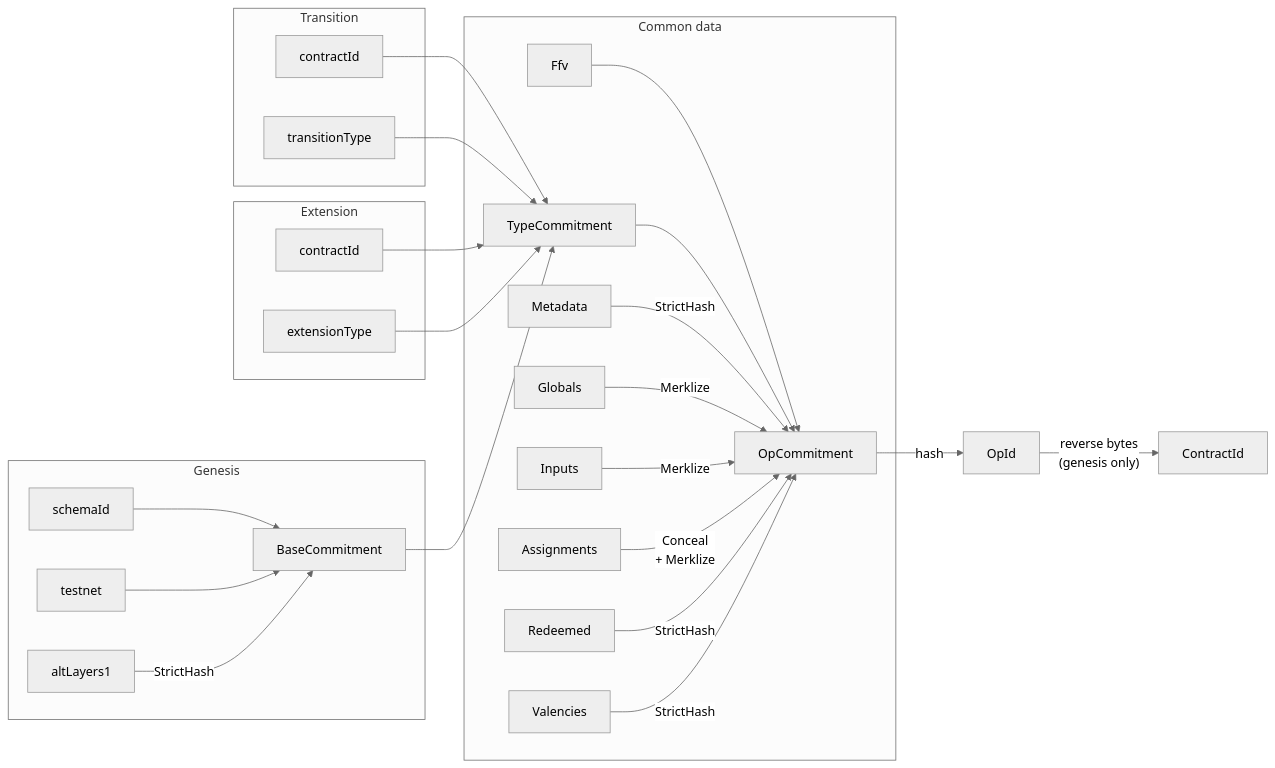
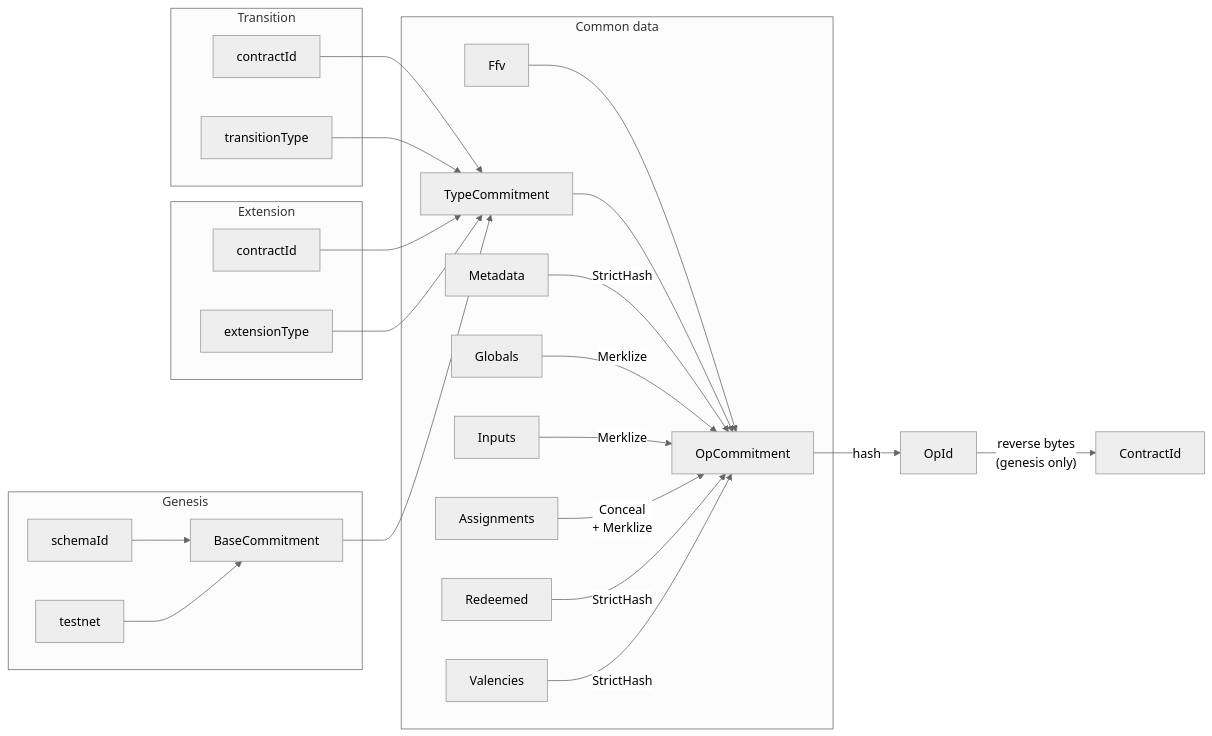
The second of 3 diagrams in doc/Commitments.md (RGB-WG/rgb-core), drawn with Mermaid (neutral theme) before and after one commit. The commit also changed other lines of this file and 13 other files, not shown here.

Commit message:
schema: remove support for alt layers

````diff
--- a/doc/Commitments.md
+++ b/doc/Commitments.md
@@ -209,34 +208,33 @@
 ```mermaid
 flowchart LR
   subgraph "Common data"
     Ffv --> OpCommitment
     TypeCommitment --> OpCommitment
     Metadata -- StrictHash --> OpCommitment
     Globals -- Merklize --> OpCommitment
     Inputs -- Merklize --> OpCommitment
     Assignments -- "Conceal\n + Merklize" --> OpCommitment
     Redeemed -- StrictHash --> OpCommitment
     Valencies -- StrictHash --> OpCommitment
   end
 
   subgraph "Genesis"
     schemaId --> BaseCommitment
     testnet --> BaseCommitment
-    altLayers1 -- StrictHash --> BaseCommitment
   end
 
   subgraph "Transition"
     tcid[contractId] --> TypeCommitment
     transitionType --> TypeCommitment
   end
 
   subgraph "Extension"
     ecid[contractId] --> TypeCommitment
     extensionType --> TypeCommitment
   end
 
   BaseCommitment --> TypeCommitment
 
   OpCommitment -- hash --> OpId
   OpId -- "reverse bytes\n(genesis only)" --> ContractId
 ```
````
